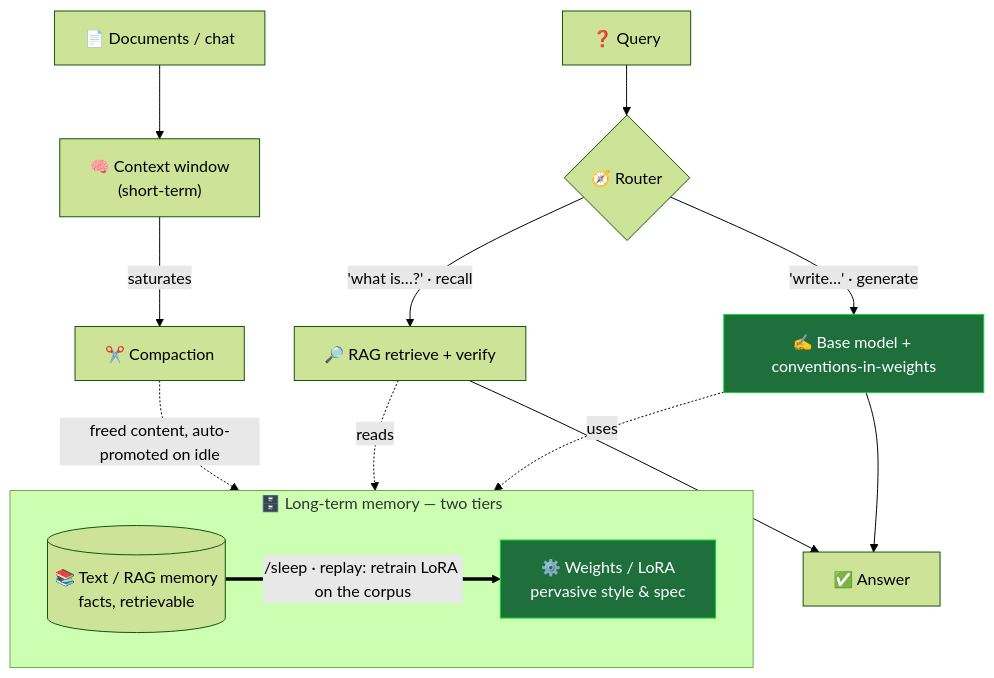
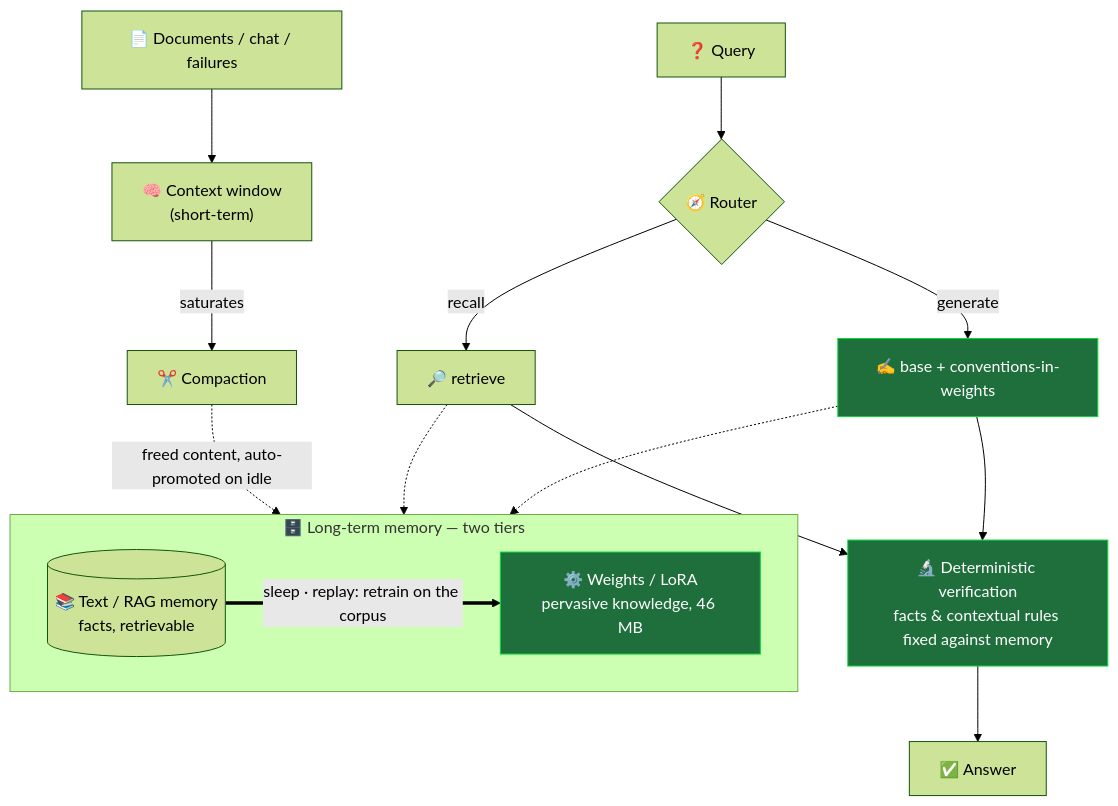
One commit to Romaindcrl/llml changed the diagram in README.md. Above: the diagram before and after it, drawn with Mermaid (forest theme). The commit also changed other lines of this file and 7 other files, not shown here.

First line of the commit message:
README rewritten from scratch: hero chart, full numbers, four pillars, flagship results, 19-benchmark index, honest boundaries

````diff
--- a/README.md
+++ b/README.md
@@ -195,25 +67,26 @@
 ```mermaid
 flowchart TD
-    Doc["📄 Documents / chat"] --> Ctx["🧠 Context window<br/>(short-term)"]
+    Doc["📄 Documents / chat / failures"] --> Ctx["🧠 Context window<br/>(short-term)"]
     Ctx -->|saturates| Comp["✂️ Compaction"]
     Comp -.->|"freed content, auto-promoted on idle"| Mem
 
     subgraph LTM["🗄️ Long-term memory — two tiers"]
         direction LR
         Mem[("📚 Text / RAG memory<br/>facts, retrievable")]
-        W["⚙️ Weights / LoRA<br/>pervasive style &amp; spec"]
+        W["⚙️ Weights / LoRA<br/>pervasive knowledge, 46 MB"]
     end
 
-    Mem ==>|"/sleep · replay: retrain LoRA on the corpus"| W
+    Mem ==>|"sleep · replay: retrain on the corpus"| W
 
     Q["❓ Query"] --> R{"🧭 Router"}
-    R -->|"'what is…?' · recall"| RAG["🔎 RAG retrieve + verify"]
-    R -->|"'write…' · generate"| Gen["✍️ Base model + conventions-in-weights"]
-    RAG -.->|reads| Mem
-    Gen -.->|uses| W
-    RAG --> Ans["✅ Answer"]
-    Gen --> Ans
+    R -->|"recall"| RAG["🔎 retrieve"]
+    R -->|"generate"| Gen["✍️ base + conventions-in-weights"]
+    RAG -.-> Mem
+    Gen -.-> W
+    RAG --> V["🔬 Deterministic verification<br/>facts & contextual rules fixed against memory"]
+    Gen --> V
+    V --> Ans["✅ Answer"]
 
     classDef win fill:#1f6f3d,stroke:#0d3,color:#fff;
-    class W,Gen win;
+    class W,Gen,V win;
 ```
````
